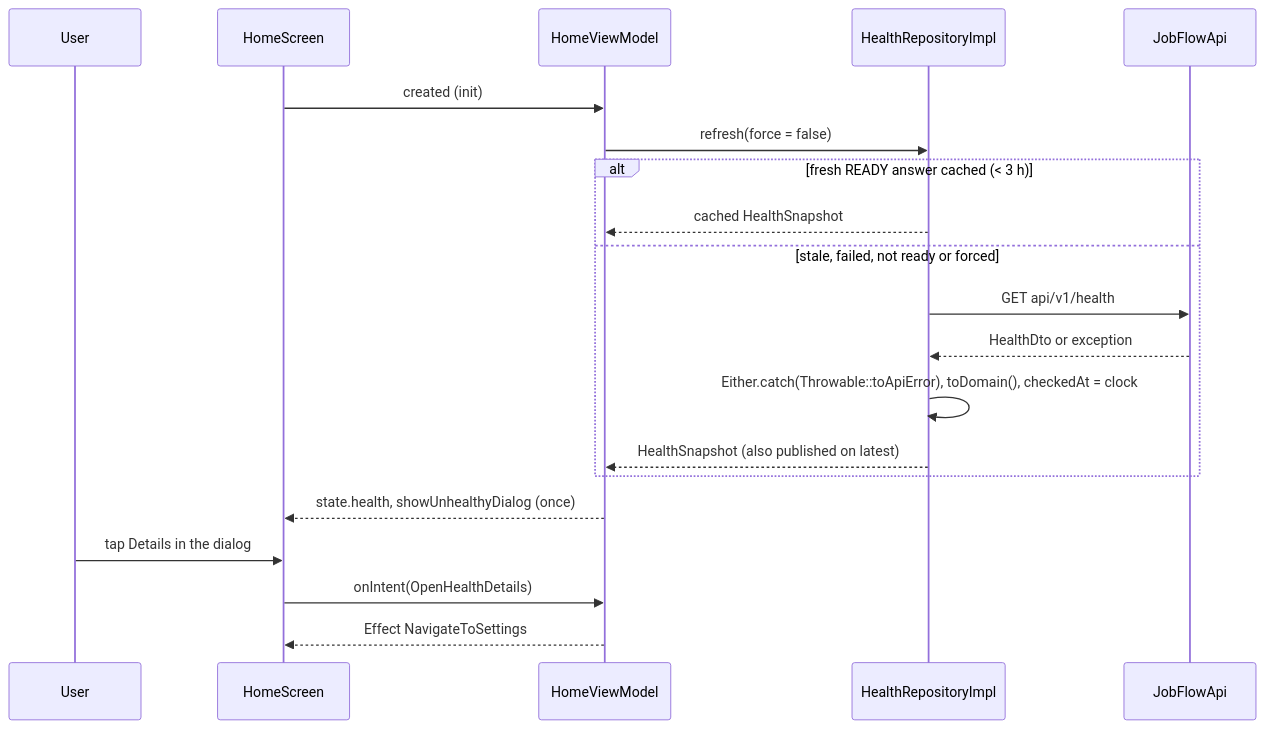
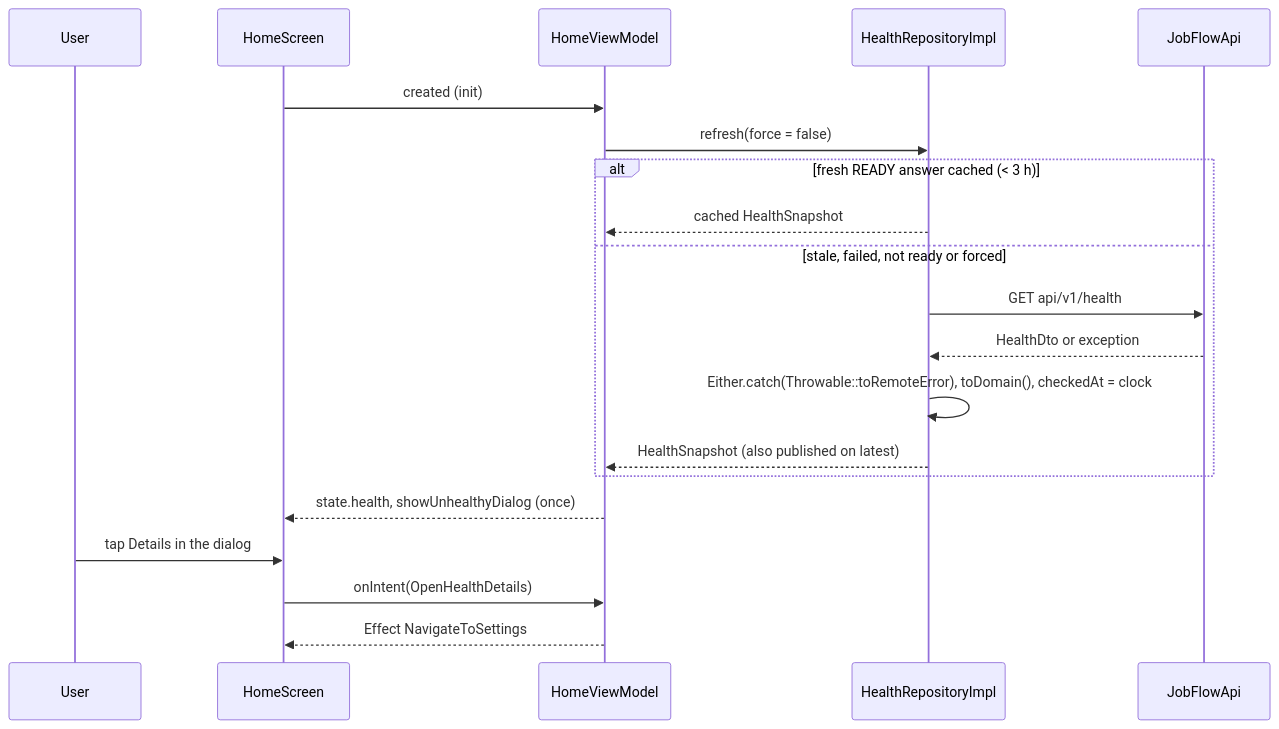
Before and after one commit to dthuy62/jobflow: the third of 5 diagrams in android/docs/system-architecture.md, drawn with Mermaid. The commit also changed other lines of this file and 63 other files, not shown here.

````diff
--- a/android/docs/system-architecture.md
+++ b/android/docs/system-architecture.md
@@ -55,22 +55,22 @@
 ```mermaid
 sequenceDiagram
     participant U as User
     participant S as HomeScreen
     participant V as HomeViewModel
     participant R as HealthRepositoryImpl
     participant A as JobFlowApi
     S->>V: created (init)
     V->>R: refresh(force = false)
     alt fresh READY answer cached (< 3 h)
         R-->>V: cached HealthSnapshot
     else stale, failed, not ready or forced
         R->>A: GET api/v1/health
         A-->>R: HealthDto or exception
-        R->>R: Either.catch(Throwable::toApiError), toDomain(), checkedAt = clock
+        R->>R: Either.catch(Throwable::toRemoteError), toDomain(), checkedAt = clock
         R-->>V: HealthSnapshot (also published on latest)
     end
     V-->>S: state.health, showUnhealthyDialog (once)
     U->>S: tap Details in the dialog
     S->>V: onIntent(OpenHealthDetails)
     V-->>S: Effect NavigateToSettings
 ```
````
